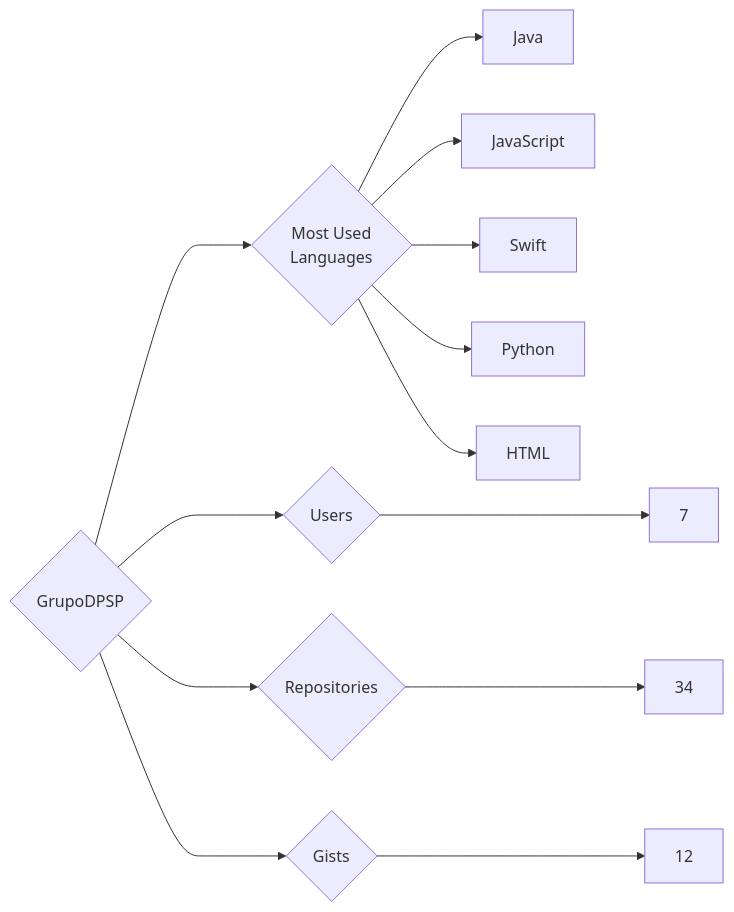
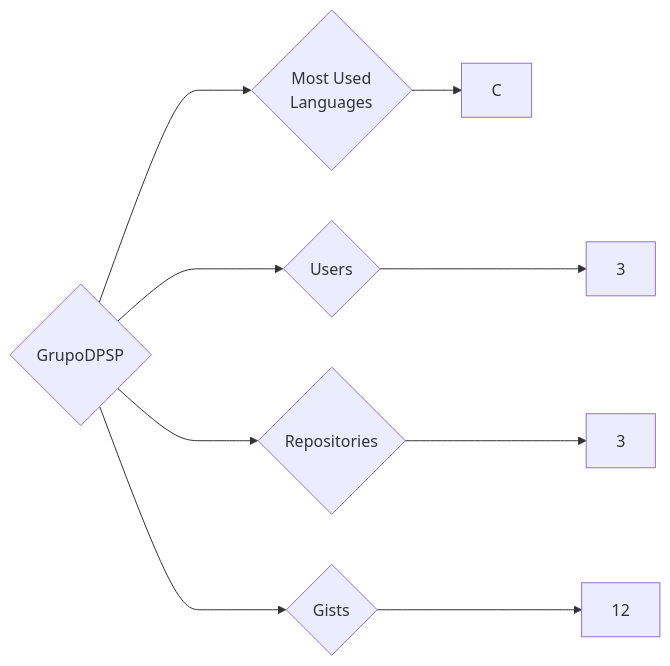
One commit to trickest/insiders changed the diagram in targets/GrupoDPSP/README.md. Above: the diagram before and after it, drawn with Mermaid. The commit also changed 942 other files, not shown here.

````diff
--- a/targets/GrupoDPSP/README.md
+++ b/targets/GrupoDPSP/README.md
@@ -3,13 +3,9 @@
 ```mermaid
 graph LR
 COMPANY_NAME{GrupoDPSP}
-COMPANY_NAME ---> U{Users} ---> UN[7]
-COMPANY_NAME ---> R{Repositories} ---> RN[34]
+COMPANY_NAME ---> U{Users} ---> UN[3]
+COMPANY_NAME ---> R{Repositories} ---> RN[3]
 COMPANY_NAME ---> G{Gists} ---> GN[12]
 COMPANY_NAME ---> ML{Most Used<br>Languages}
-ML --> Java[Java]
-ML --> JavaScript[JavaScript]
-ML --> Swift[Swift]
-ML --> Python[Python]
-ML --> HTML[HTML]
+ML --> C[C]
 ```
````
